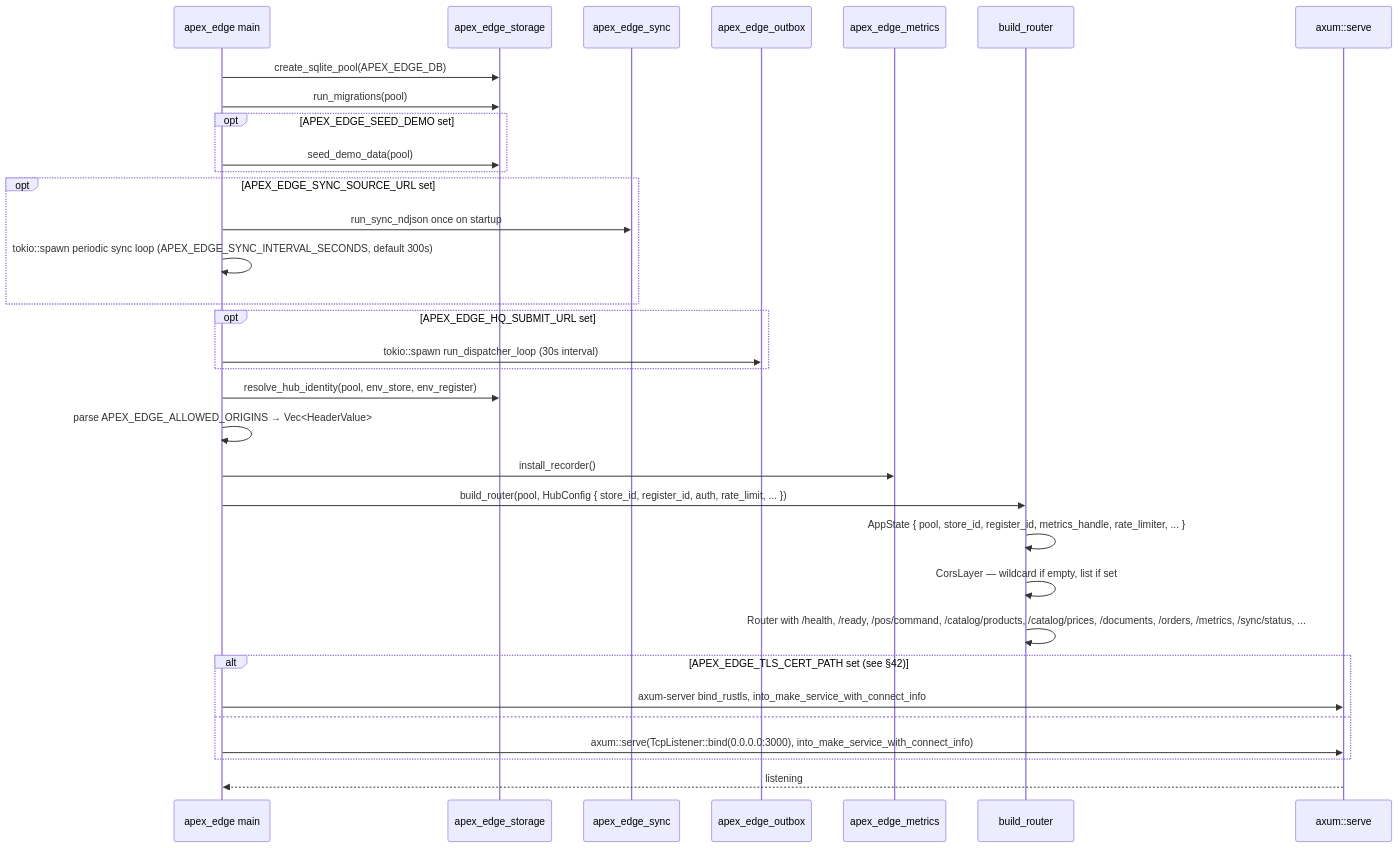
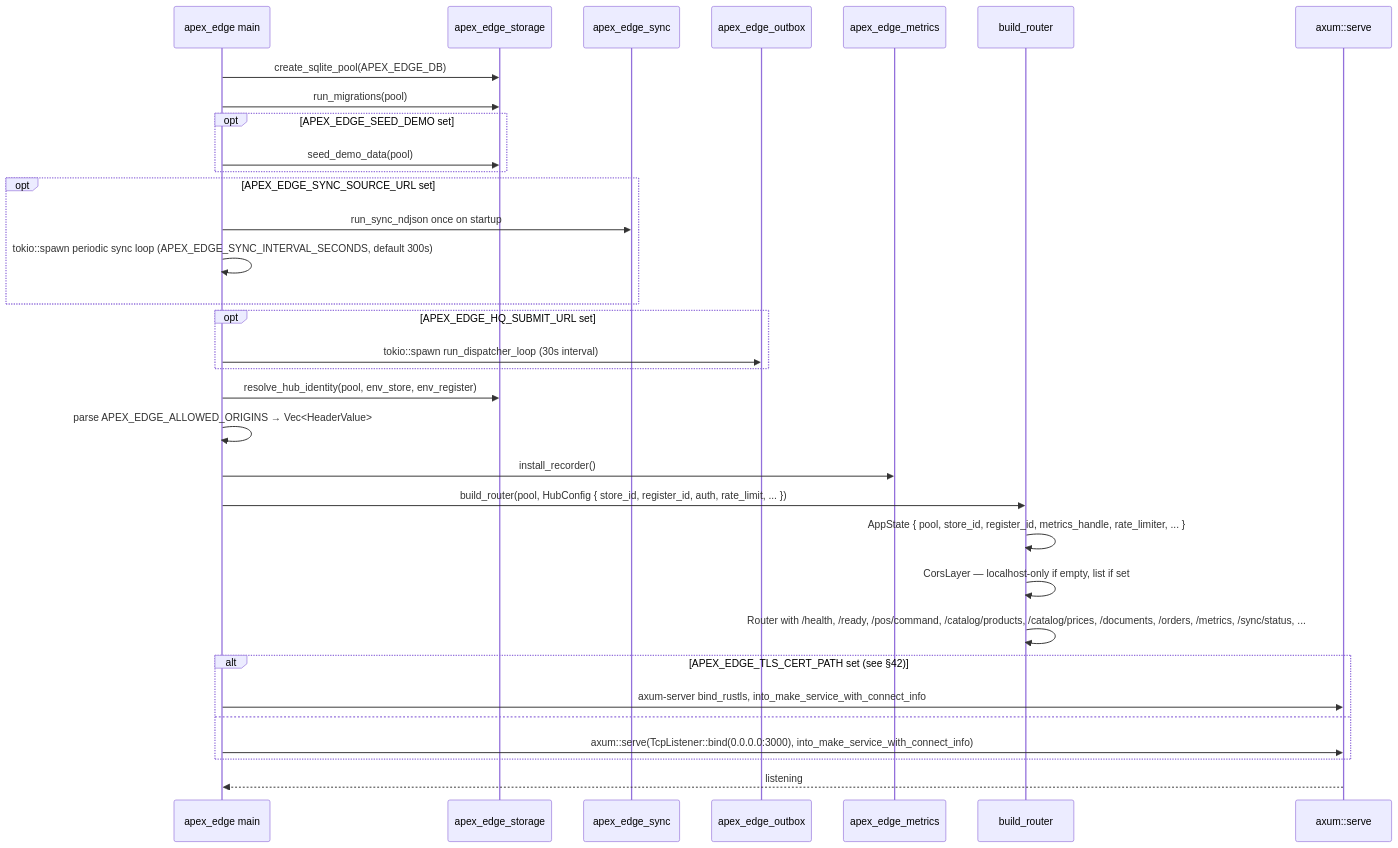
One commit to AncientiCe/apex-edge changed the second of 46 diagrams in docs/architecture/README.md. Above: the diagram before and after it, drawn with Mermaid. The commit also changed other lines of this file and 6 other files, not shown here.

Commit message:
Default CORS to localhost origins instead of allowing every origin

````diff
--- a/docs/architecture/README.md
+++ b/docs/architecture/README.md
@@ -51,35 +51,35 @@
 ```mermaid
 sequenceDiagram
     participant Main as apex_edge main
     participant Storage as apex_edge_storage
     participant Sync as apex_edge_sync
     participant Outbox as apex_edge_outbox
     participant Metrics as apex_edge_metrics
     participant App as build_router
     participant Axum as axum::serve
     Main->>Storage: create_sqlite_pool(APEX_EDGE_DB)
     Main->>Storage: run_migrations(pool)
     opt APEX_EDGE_SEED_DEMO set
         Main->>Storage: seed_demo_data(pool)
     end
     opt APEX_EDGE_SYNC_SOURCE_URL set
         Main->>Sync: run_sync_ndjson once on startup
         Main->>Main: tokio::spawn periodic sync loop (APEX_EDGE_SYNC_INTERVAL_SECONDS, default 300s)
     end
     opt APEX_EDGE_HQ_SUBMIT_URL set
         Main->>Outbox: tokio::spawn run_dispatcher_loop (30s interval)
     end
     Main->>Storage: resolve_hub_identity(pool, env_store, env_register)
     Main->>Main: parse APEX_EDGE_ALLOWED_ORIGINS → Vec<HeaderValue>
     Main->>Metrics: install_recorder()
     Main->>App: build_router(pool, HubConfig { store_id, register_id, auth, rate_limit, ... })
     App->>App: AppState { pool, store_id, register_id, metrics_handle, rate_limiter, ... }
-    App->>App: CorsLayer — wildcard if empty, list if set
+    App->>App: CorsLayer — localhost-only if empty, list if set
     App->>App: Router with /health, /ready, /pos/command, /catalog/products, /catalog/prices, /documents, /orders, /metrics, /sync/status, ...
     alt APEX_EDGE_TLS_CERT_PATH set (see §42)
         Main->>Axum: axum-server bind_rustls, into_make_service_with_connect_info
     else
         Main->>Axum: axum::serve(TcpListener::bind(0.0.0.0:3000), into_make_service_with_connect_info)
     end
     Axum-->>Main: listening
 ```
````
